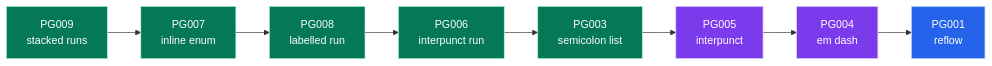
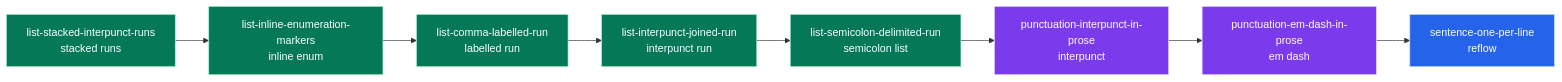
Before and after one commit to jpeakai/jpai-prose-gates: the seventh of 8 diagrams in docs/DATA_MODEL.md, drawn with Mermaid. The commit also changed other lines of this file and 67 other files, not shown here.

````diff
--- a/docs/DATA_MODEL.md
+++ b/docs/DATA_MODEL.md
@@ -384,17 +384,17 @@
 ```mermaid
 flowchart LR
-    P9["PG009<br/>stacked runs"]:::list
-    P7["PG007<br/>inline enum"]:::list
-    P8["PG008<br/>labelled run"]:::list
-    P6["PG006<br/>interpunct run"]:::list
-    P3["PG003<br/>semicolon list"]:::list
-    P5["PG005<br/>interpunct"]:::punc
-    P4["PG004<br/>em dash"]:::punc
-    P1["PG001<br/>reflow"]:::sent
+    P9["list-stacked-interpunct-runs<br/>stacked runs"]:::list
+    P7["list-inline-enumeration-markers<br/>inline enum"]:::list
+    P8["list-comma-labelled-run<br/>labelled run"]:::list
+    P6["list-interpunct-joined-run<br/>interpunct run"]:::list
+    P3["list-semicolon-delimited-run<br/>semicolon list"]:::list
+    P5["punctuation-interpunct-in-prose<br/>interpunct"]:::punc
+    P4["punctuation-em-dash-in-prose<br/>em dash"]:::punc
+    P1["sentence-one-per-line<br/>reflow"]:::sent
 
     P9 --> P7 --> P8 --> P6 --> P3 --> P5 --> P4 --> P1
 
     classDef list fill:#047857,stroke:#a7f3d0,color:#ffffff
     classDef punc fill:#7c3aed,stroke:#ddd6fe,color:#ffffff
     classDef sent fill:#2563eb,stroke:#bfdbfe,color:#ffffff
 ```
````
